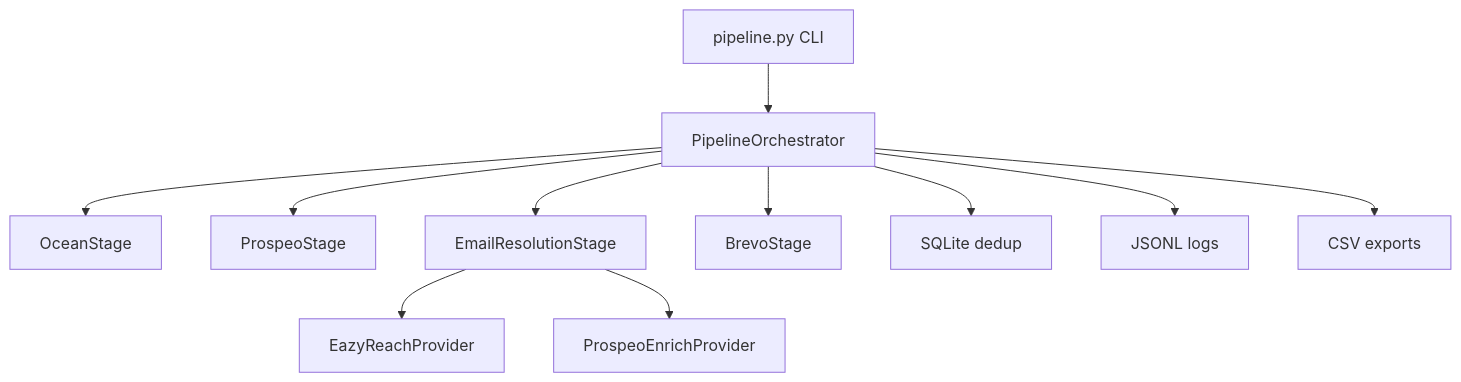
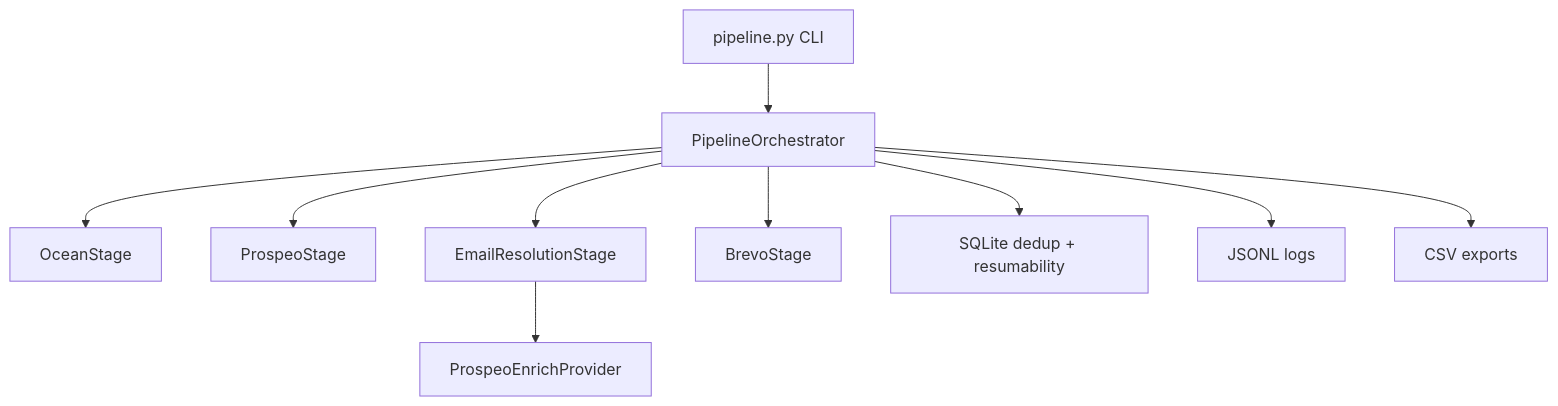
Before and after one commit to rohitkumarrai7/Attainz: the diagram in README.md, drawn with Mermaid. The commit also changed other lines of this file and 1 other file, not shown here.

Commit message:
docs: update README and env example for Prospeo-only pipeline

````diff
--- a/README.md
+++ b/README.md
@@ -28,13 +33,12 @@
 ```mermaid
 flowchart TB
     CLI["pipeline.py CLI"] --> Orchestrator["PipelineOrchestrator"]
     Orchestrator --> S1["OceanStage"]
     Orchestrator --> S2["ProspeoStage"]
     Orchestrator --> S3["EmailResolutionStage"]
     Orchestrator --> S4["BrevoStage"]
-    S3 --> EazyReach["EazyReachProvider"]
-    S3 --> Fallback["ProspeoEnrichProvider"]
-    Orchestrator --> DB["SQLite dedup"]
+    S3 --> ProspeoEnrich["ProspeoEnrichProvider"]
+    Orchestrator --> DB["SQLite dedup + resumability"]
     Orchestrator --> Logger["JSONL logs"]
     Orchestrator --> CSV["CSV exports"]
 ```
````
